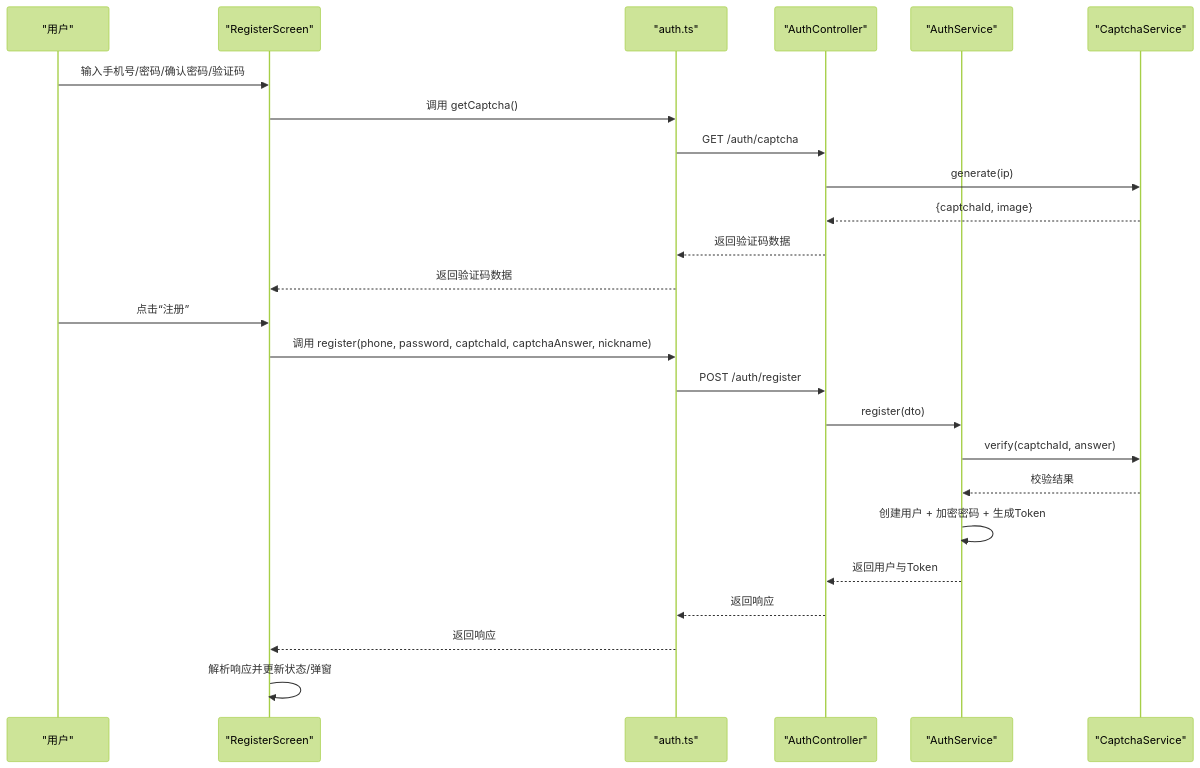
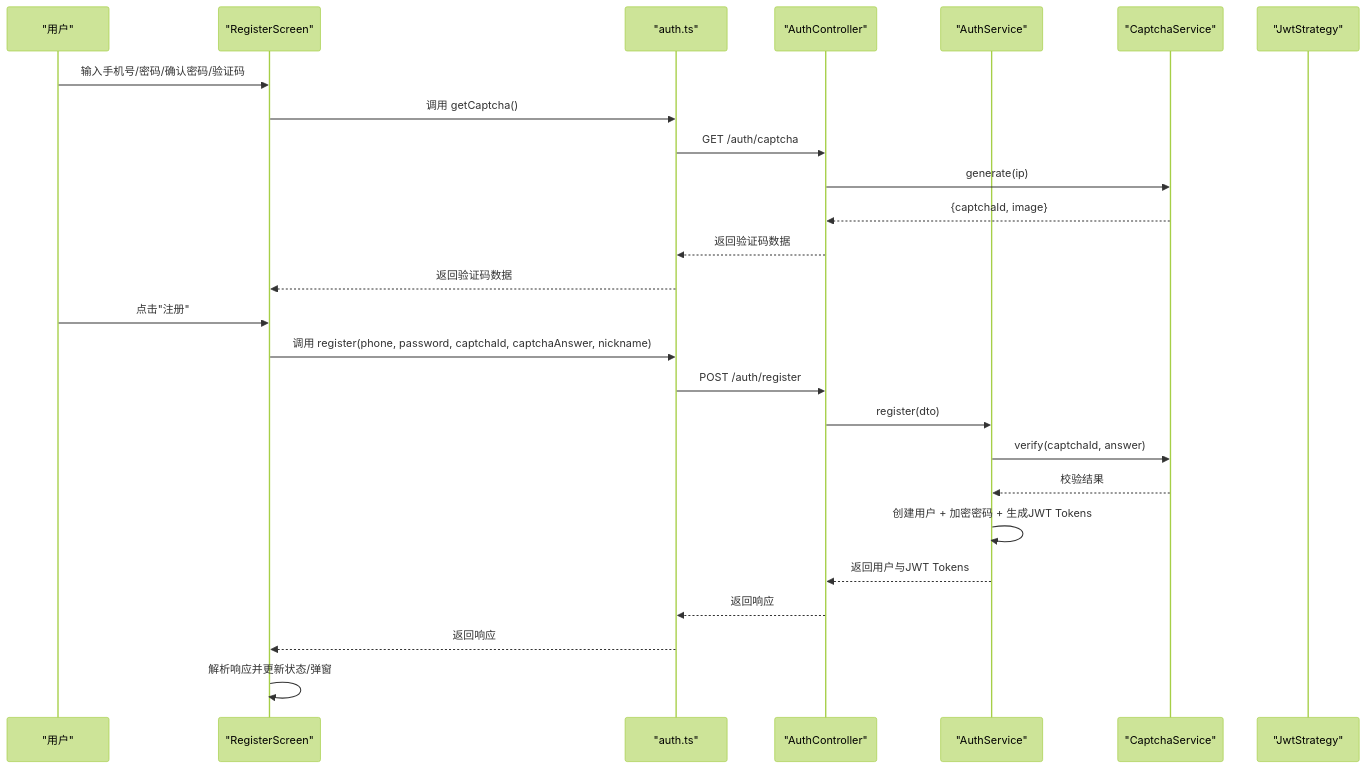
Before and after one commit to lsqwawa/free-dress: the second of 6 diagrams in .qoder/repowiki/zh/content/前端开发指南/页面架构/认证页面/注册页面.md, drawn with Mermaid (forest theme). The commit also changed other lines of this file and 55 other files, not shown here.

````diff
--- a/.qoder/repowiki/zh/content/前端开发指南/页面架构/认证页面/注册页面.md
+++ b/.qoder/repowiki/zh/content/前端开发指南/页面架构/认证页面/注册页面.md
@@ -118,27 +132,28 @@
 ```mermaid
 sequenceDiagram
 participant U as "用户"
 participant RS as "RegisterScreen"
 participant API as "auth.ts"
 participant CTRL as "AuthController"
 participant SVC as "AuthService"
 participant CAP as "CaptchaService"
+participant JWT as "JwtStrategy"
 U->>RS : 输入手机号/密码/确认密码/验证码
 RS->>API : 调用 getCaptcha()
 API->>CTRL : GET /auth/captcha
 CTRL->>CAP : generate(ip)
 CAP-->>CTRL : {captchaId, image}
 CTRL-->>API : 返回验证码数据
 API-->>RS : 返回验证码数据
-U->>RS : 点击“注册”
+U->>RS : 点击"注册"
 RS->>API : 调用 register(phone, password, captchaId, captchaAnswer, nickname)
 API->>CTRL : POST /auth/register
 CTRL->>SVC : register(dto)
 SVC->>CAP : verify(captchaId, answer)
 CAP-->>SVC : 校验结果
-SVC->>SVC : 创建用户 + 加密密码 + 生成Token
-SVC-->>CTRL : 返回用户与Token
+SVC->>SVC : 创建用户 + 加密密码 + 生成JWT Tokens
+SVC-->>CTRL : 返回用户与JWT Tokens
 CTRL-->>API : 返回响应
 API-->>RS : 返回响应
 RS->>RS : 解析响应并更新状态/弹窗
 ```
````
